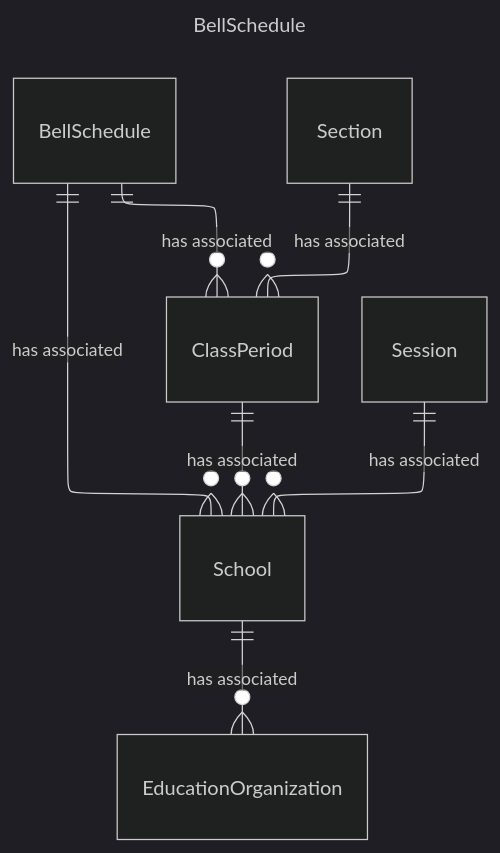
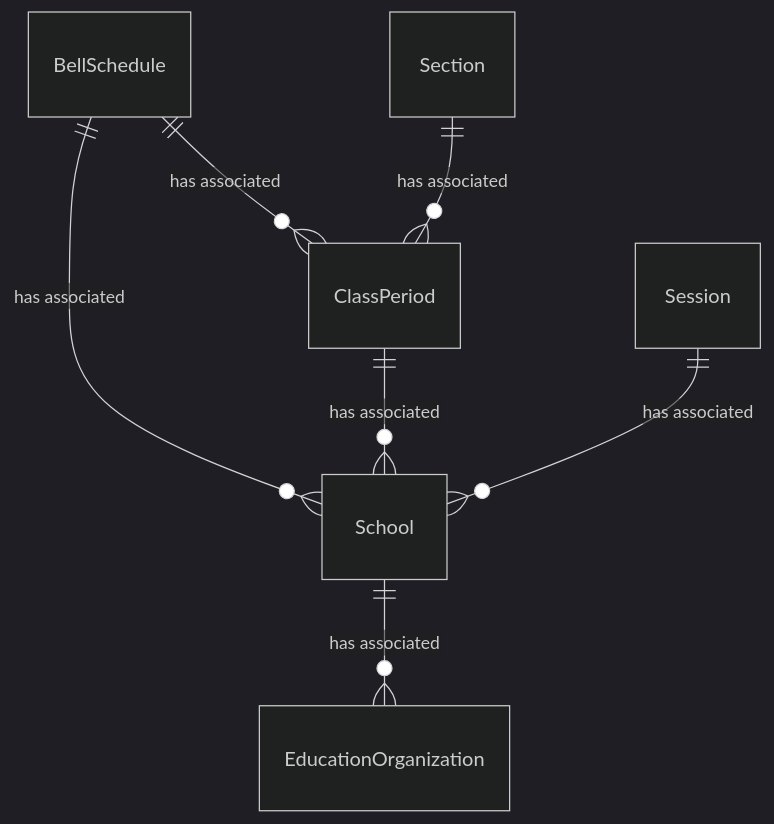
One commit to Ed-Fi-Alliance-OSS/ed-fi-alliance-oss.github.io changed the diagram in dataStandard_versioned_docs/version-6/model-reference/bell-schedule-domain/BellSchedule-simple.mmd. Above: the diagram before and after it, drawn with Mermaid (dark theme). The commit also changed 132 other files, not shown here.

```diff
--- a/dataStandard_versioned_docs/version-6/model-reference/bell-schedule-domain/BellSchedule-simple.mmd
+++ b/dataStandard_versioned_docs/version-6/model-reference/bell-schedule-domain/BellSchedule-simple.mmd
@@ -1,24 +1,19 @@
----
-title: BellSchedule
-config:
-  layout: elk
----
 erDiagram
     BellSchedule {
     }
     ClassPeriod {
     }
     Session {
     }
     Section {
     }
     EducationOrganization {
     }
     School {
     }
     School ||--o{ EducationOrganization : "has associated"
     BellSchedule ||--o{ School : "has associated"
     BellSchedule ||--o{ ClassPeriod : "has associated"
     ClassPeriod ||--o{ School : "has associated"
     Session ||--o{ School : "has associated"
     Section ||--o{ ClassPeriod : "has associated"
```
